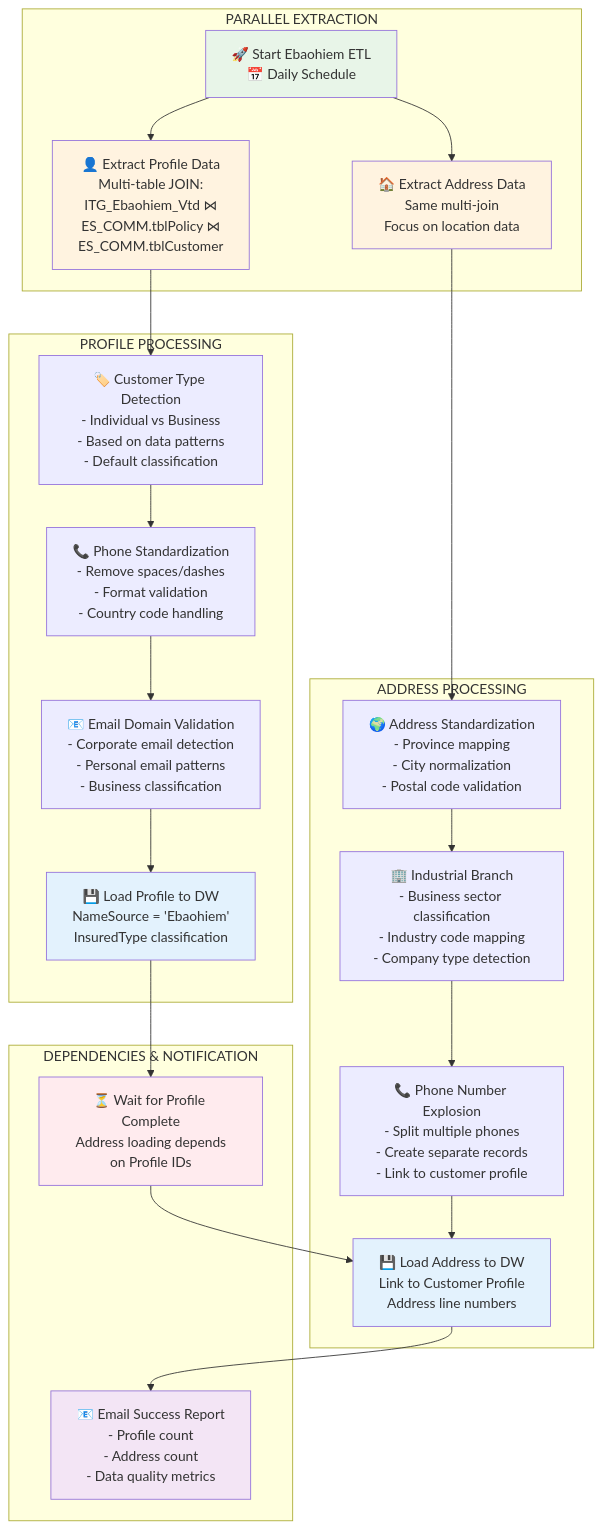
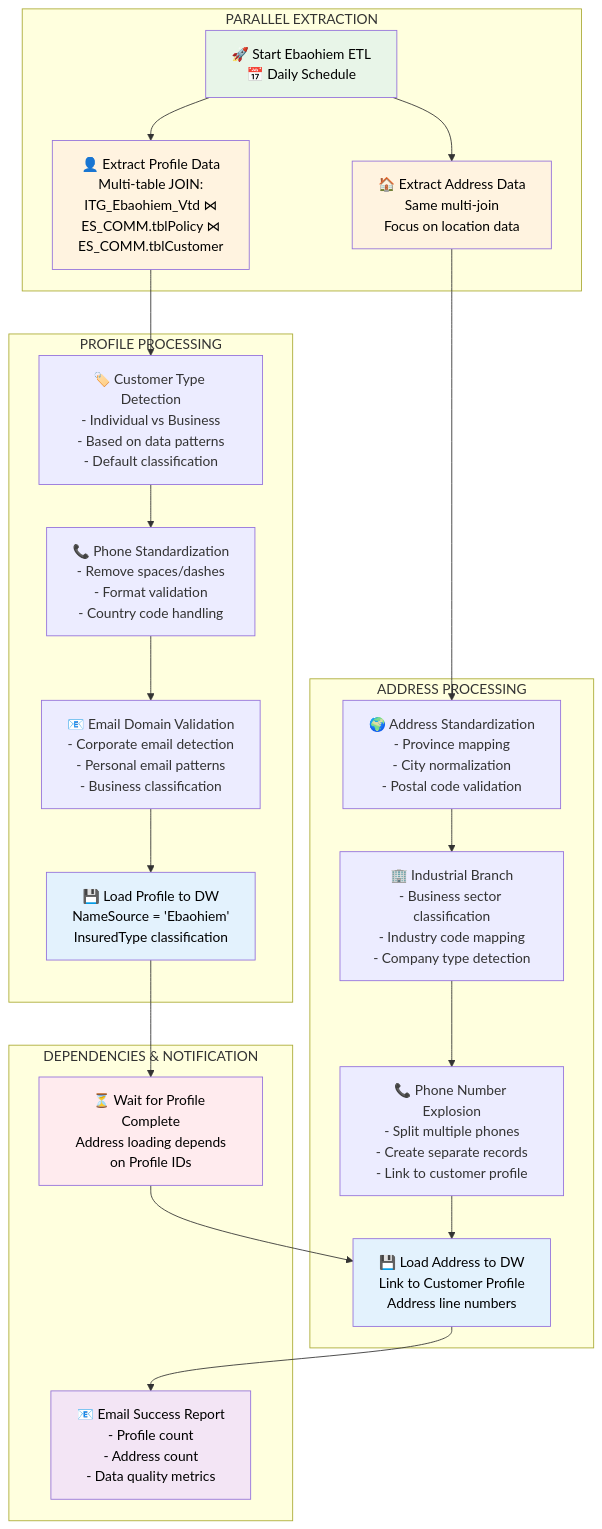
The fifth of 13 diagrams in README_CDP_PAC.md (sonphampac/ReportAI), drawn with Mermaid before and after one commit. The commit also changed other lines of this file, not shown here.

````diff
--- a/README_CDP_PAC.md
+++ b/README_CDP_PAC.md
@@ -721,61 +698,61 @@
 ```mermaid
 graph TD
     subgraph "PARALLEL EXTRACTION"
         Start[🚀 Start Ebaohiem ETL<br/>📅 Daily Schedule]
         
         E1[👤 Extract Profile Data<br/>Multi-table JOIN:<br/>ITG_Ebaohiem_Vtd ⋈<br/>ES_COMM.tblPolicy ⋈<br/>ES_COMM.tblCustomer]
         
         E2[🏠 Extract Address Data<br/>Same multi-join<br/>Focus on location data]
     end
     
     subgraph "PROFILE PROCESSING"
         P1[🏷️ Customer Type Detection<br/>- Individual vs Business<br/>- Based on data patterns<br/>- Default classification]
         
         P2[📞 Phone Standardization<br/>- Remove spaces/dashes<br/>- Format validation<br/>- Country code handling]
         
         P3[📧 Email Domain Validation<br/>- Corporate email detection<br/>- Personal email patterns<br/>- Business classification]
         
         P4[💾 Load Profile to DW<br/>NameSource = 'Ebaohiem'<br/>InsuredType classification]
     end
     
     subgraph "ADDRESS PROCESSING"
         A1[🌍 Address Standardization<br/>- Province mapping<br/>- City normalization<br/>- Postal code validation]
         
         A2[🏢 Industrial Branch<br/>- Business sector classification<br/>- Industry code mapping<br/>- Company type detection]
         
         A3[📞 Phone Number Explosion<br/>- Split multiple phones<br/>- Create separate records<br/>- Link to customer profile]
         
         A4[💾 Load Address to DW<br/>Link to Customer Profile<br/>Address line numbers]
     end
     
     subgraph "DEPENDENCIES & NOTIFICATION"
         SYNC[⏳ Wait for Profile Complete<br/>Address loading depends<br/>on Profile IDs]
         
         N1[📧 Email Success Report<br/>- Profile count<br/>- Address count<br/>- Data quality metrics]
     end
     
     Start --> E1
     Start --> E2
     
     E1 --> P1
     P1 --> P2
     P2 --> P3
     P3 --> P4
     
     E2 --> A1
     A1 --> A2
     A2 --> A3
     A3 --> A4
     
     P4 --> SYNC
     SYNC --> A4
     A4 --> N1
     
-    style Start fill:#e8f5e8
-    style E1 fill:#fff3e0
-    style E2 fill:#fff3e0
-    style P4 fill:#e3f2fd
-    style A4 fill:#e3f2fd
-    style SYNC fill:#ffebee
-    style N1 fill:#f3e5f5
+    style Start fill:#e8f5e8,color:#000000
+    style E1 fill:#fff3e0,color:#000000
+    style E2 fill:#fff3e0,color:#000000
+    style P4 fill:#e3f2fd,color:#000000
+    style A4 fill:#e3f2fd,color:#000000
+    style SYNC fill:#ffebee,color:#000000
+    style N1 fill:#f3e5f5,color:#000000
 ```
````
